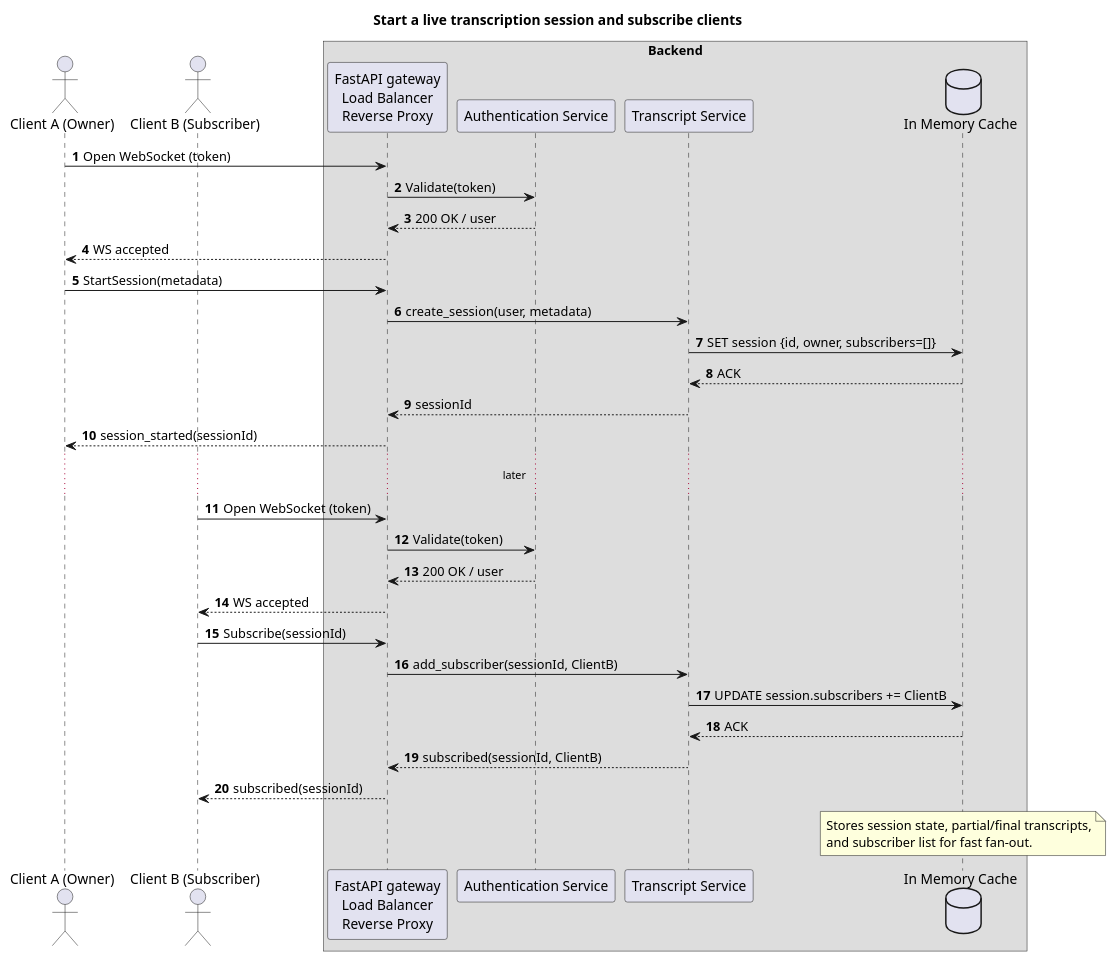
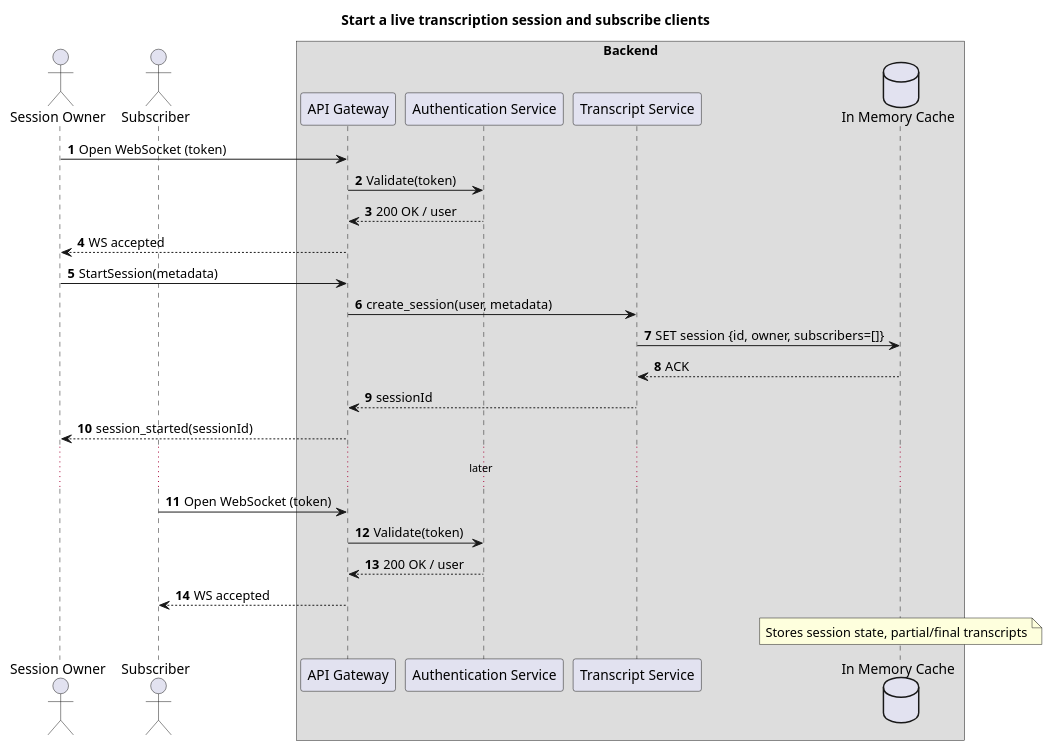
The diagram in docs/architecture/start_a_live_transcription_session_and_subscribe_clients.puml (SverreNystad/danish-stt), drawn with PlantUML before and after one commit. The commit also changed 1 other file, not shown here.

Commit message:
docs: changed uml

```diff
--- a/docs/architecture/start_a_live_transcription_session_and_subscribe_clients.puml
+++ b/docs/architecture/start_a_live_transcription_session_and_subscribe_clients.puml
@@ -1,44 +1,36 @@
 @startuml
 title Start a live transcription session and subscribe clients
 autonumber
 
-actor "Client A (Owner)" as ClientA
-actor "Client B (Subscriber)" as ClientB
+actor "Session Owner" as Owner
+actor "Subscriber" as Subscriber
 
 box "Backend"
-participant "FastAPI gateway\nLoad Balancer\nReverse Proxy" as FastAPIApp
+participant "API Gateway" as FastAPIApp
 participant "Authentication Service" as AuthService
 participant "Transcript Service" as TranscriptService
 database "In Memory Cache" as Cache
 end box
 
-ClientA -> FastAPIApp: Open WebSocket (token)
+Owner -> FastAPIApp: Open WebSocket (token)
 FastAPIApp -> AuthService: Validate(token)
 AuthService --> FastAPIApp: 200 OK / user
-FastAPIApp --> ClientA: WS accepted
+FastAPIApp --> Owner: WS accepted
 
-ClientA -> FastAPIApp: StartSession(metadata)
+Owner -> FastAPIApp: StartSession(metadata)
 FastAPIApp -> TranscriptService: create_session(user, metadata)
 TranscriptService -> Cache: SET session {id, owner, subscribers=[]}
 Cache --> TranscriptService: ACK
 TranscriptService --> FastAPIApp: sessionId
-FastAPIApp --> ClientA: session_started(sessionId)
+FastAPIApp --> Owner: session_started(sessionId)
 
 ... later ...
-ClientB -> FastAPIApp: Open WebSocket (token)
+Subscriber -> FastAPIApp: Open WebSocket (token)
 FastAPIApp -> AuthService: Validate(token)
 AuthService --> FastAPIApp: 200 OK / user
-FastAPIApp --> ClientB: WS accepted
-
-ClientB -> FastAPIApp: Subscribe(sessionId)
-FastAPIApp -> TranscriptService: add_subscriber(sessionId, ClientB)
-TranscriptService -> Cache: UPDATE session.subscribers += ClientB
-Cache --> TranscriptService: ACK
-TranscriptService --> FastAPIApp: subscribed(sessionId, ClientB)
-FastAPIApp --> ClientB: subscribed(sessionId)
+FastAPIApp --> Subscriber: WS accepted
 
 note over Cache
-Stores session state, partial/final transcripts,
-and subscriber list for fast fan-out.
+Stores session state, partial/final transcripts
 end note
 @enduml
```
